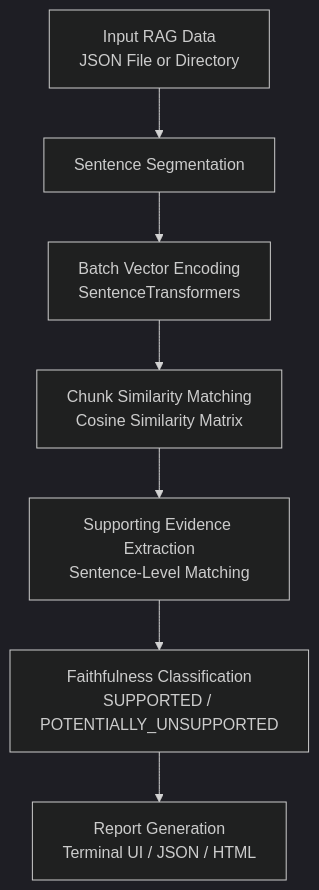
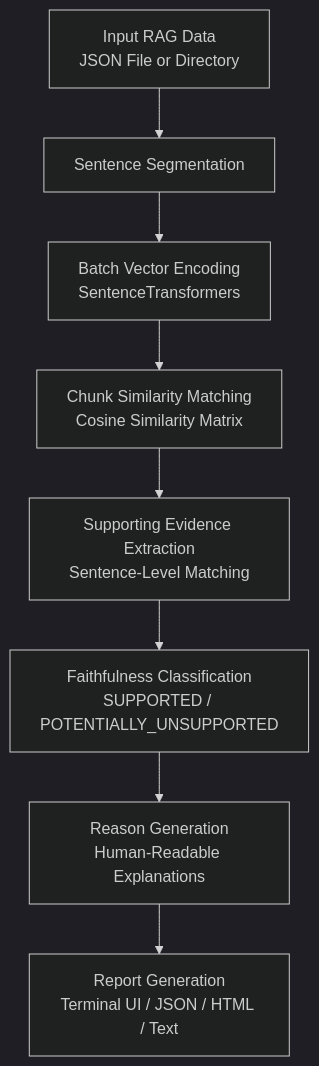
Before and after one commit to beenish-majeed/Aegis: the diagram in README.md, drawn with Mermaid (dark theme). The commit also changed other lines of this file and 1 other file, not shown here.

````diff
--- a/README.md
+++ b/README.md
@@ -11,9 +11,10 @@
 ```mermaid
 flowchart TD
     A[Input RAG Data\nJSON File or Directory] --> B[Sentence Segmentation]
     B --> C[Batch Vector Encoding\nSentenceTransformers]
     C --> D[Chunk Similarity Matching\nCosine Similarity Matrix]
     D --> E[Supporting Evidence Extraction\nSentence-Level Matching]
     E --> F[Faithfulness Classification\nSUPPORTED / POTENTIALLY_UNSUPPORTED]
-    F --> G[Report Generation\nTerminal UI / JSON / HTML]
+    F --> G[Reason Generation\nHuman-Readable Explanations]
+    G --> H[Report Generation\nTerminal UI / JSON / HTML / Text]
 ```
````
